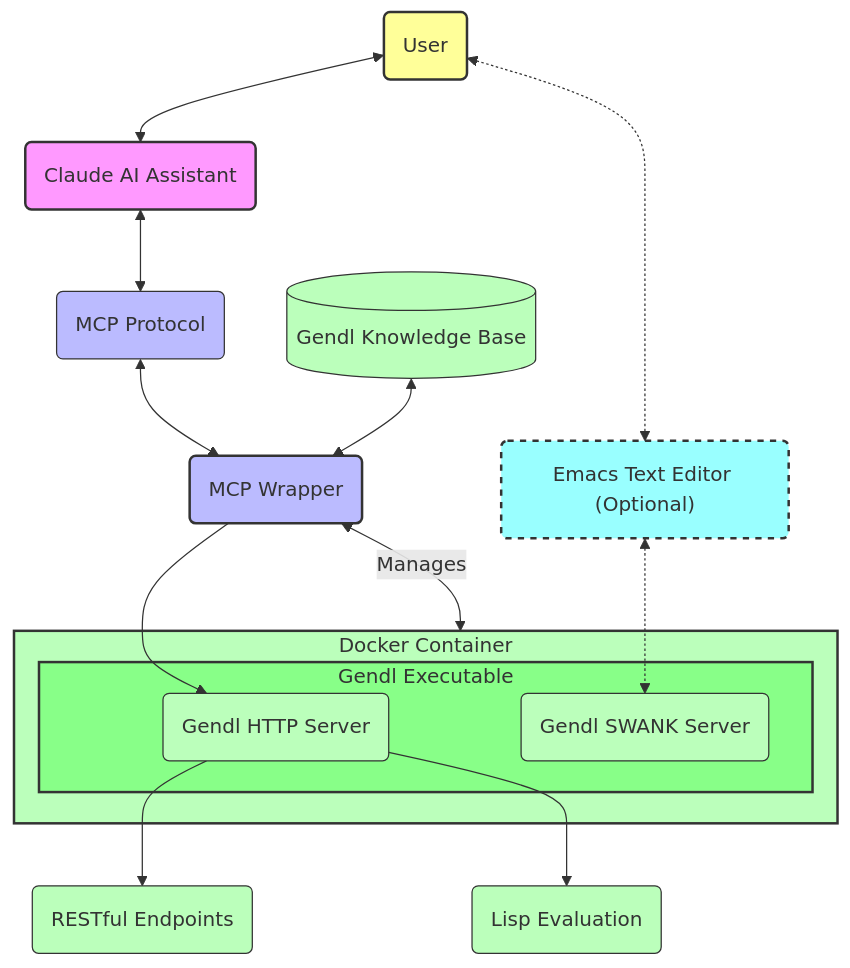
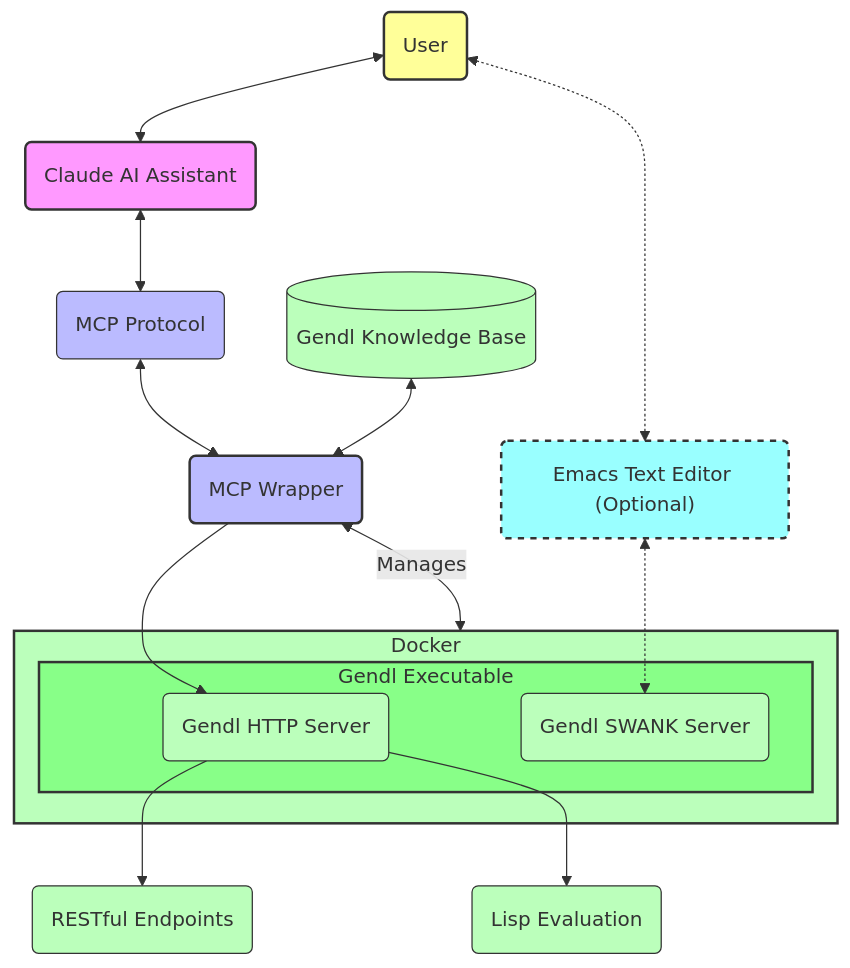
Before and after one commit to gendl/gendl-mcp: the diagram in README.md, drawn with Mermaid.

Commit message:
try to fix mermaid diagram

````diff
--- a/README.md
+++ b/README.md
@@ -45,37 +45,37 @@
 ```mermaid
 flowchart TB
     User("User") <--> Claude("Claude AI Assistant")
     User <-.-> Emacs("Emacs Text Editor (Optional)")
     
     Claude <--> MCP("MCP Protocol")
     MCP <--> Wrapper("MCP Wrapper")
     Wrapper <-- "Manages" --> Docker("Docker Container")
     Wrapper --> GendlHttp("Gendl HTTP Server")
     
-    subgraph Docker["Docker Container"]
+    subgraph Docker
     subgraph GendlExec["Gendl Executable"]
     GendlHttp
     GendlSwank("Gendl SWANK Server")
     end
     end
     
     Emacs <-.-> GendlSwank
     
     KB[("Gendl Knowledge Base")] <--> Wrapper
     
     GendlHttp --> Endpoints("RESTful Endpoints")
     GendlHttp --> LispEval("Lisp Evaluation")
     
     style User fill:#ff9,stroke:#333,stroke-width:2px
     style Claude fill:#f9f,stroke:#333,stroke-width:2px
     style Emacs fill:#9ff,stroke:#333,stroke-width:2px,stroke-dasharray:5
     style Wrapper fill:#bbf,stroke:#333,stroke-width:2px
     style MCP fill:#bbf,stroke:#333,stroke-width:1px
     style Docker fill:#bfb,stroke:#333,stroke-width:2px
     style GendlExec fill:#8f8,stroke:#333,stroke-width:2px
     style GendlHttp fill:#bfb,stroke:#333,stroke-width:1px
     style GendlSwank fill:#bfb,stroke:#333,stroke-width:1px
     style KB fill:#bfb,stroke:#333,stroke-width:1px
     style Endpoints fill:#bfb,stroke:#333,stroke-width:1px
     style LispEval fill:#bfb,stroke:#333,stroke-width:1px
 ```
````
